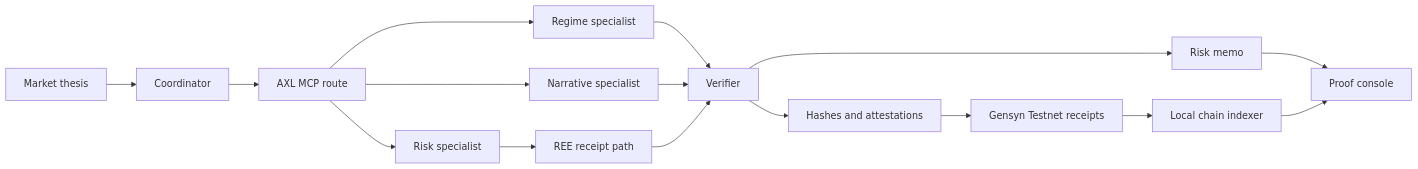
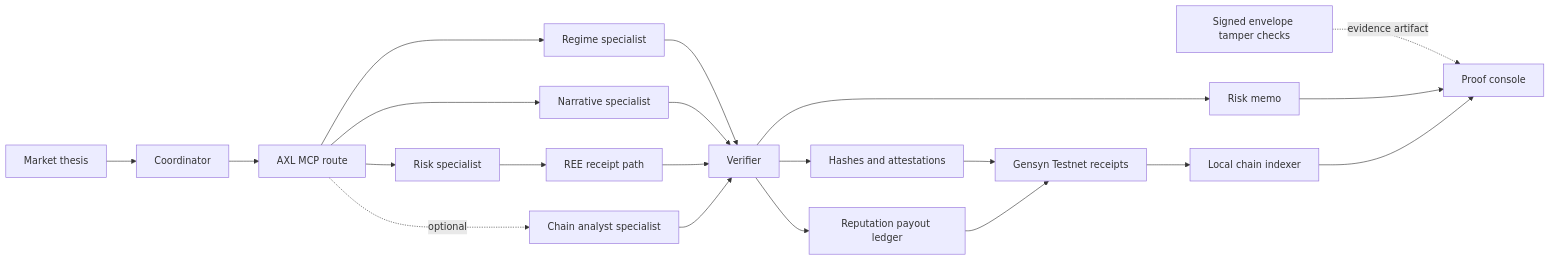
The diagram in README.md (ashishki/Signal_Count), drawn with Mermaid before and after one commit. The commit also changed other lines of this file and 1 other file, not shown here.

````diff
--- a/README.md
+++ b/README.md
@@ -100,18 +114,23 @@
 ```mermaid
 flowchart LR
     A[Market thesis] --> B[Coordinator]
     B --> C[AXL MCP route]
     C --> D[Regime specialist]
     C --> E[Narrative specialist]
     C --> F[Risk specialist]
+    C -. optional .-> N[Chain analyst specialist]
     D --> G[Verifier]
     E --> G
     F --> H[REE receipt path]
     H --> G
+    N --> G
     G --> I[Risk memo]
     G --> J[Hashes and attestations]
+    G --> P[Reputation payout ledger]
     J --> K[Gensyn Testnet receipts]
+    P --> K
     K --> L[Local chain indexer]
+    T[Signed envelope tamper checks] -. evidence artifact .-> M
     I --> M[Proof console]
     L --> M
 ```
````
